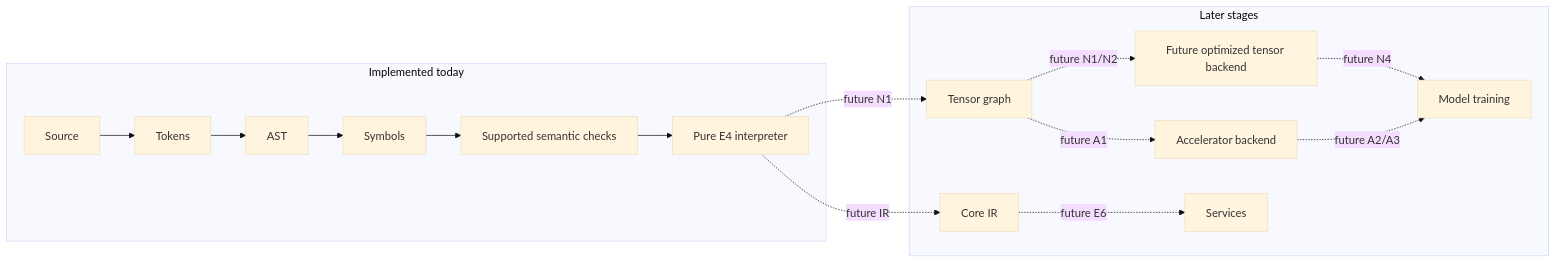
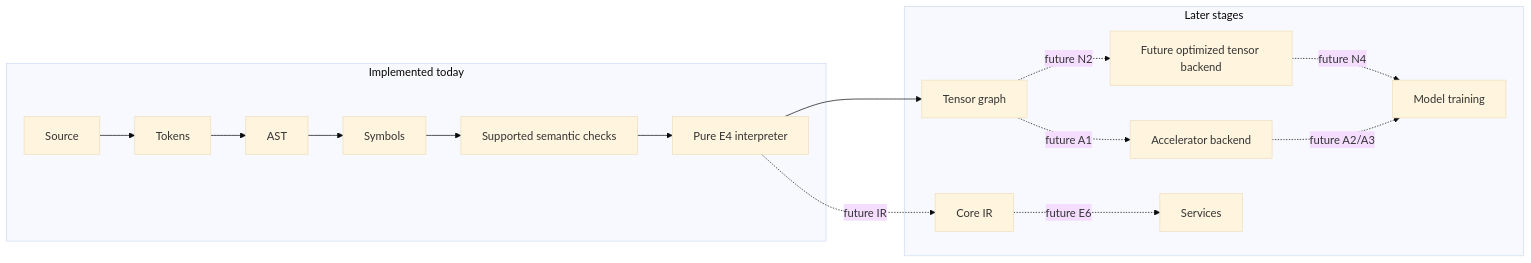
One commit to marcosbuilds/Seloryn changed the diagram in docs/project/architecture.md. Above: the diagram before and after it, drawn with Mermaid (base theme). The commit also changed 6 other files, not shown here.

````diff
--- a/docs/project/architecture.md
+++ b/docs/project/architecture.md
@@ -7,25 +7,25 @@
 ```mermaid
 flowchart LR
     subgraph A1[Implemented today]
         A[Source] --> B[Tokens]
         B --> C[AST]
         C --> D[Symbols]
         D --> E[Supported semantic checks]
         E --> F[Pure E4 interpreter]
     end
     subgraph A2[Later stages]
         G[Core IR]
         H[Tensor graph]
         I[Future optimized tensor backend]
         J[Accelerator backend]
         K[Services]
         L[Model training]
     end
     F -. future IR .-> G
-    F -. future N1 .-> H
-    H -. future N1/N2 .-> I
+    F --> H
+    H -. future N2 .-> I
     H -. future A1 .-> J
     G -. future E6 .-> K
     I -. future N4 .-> L
     J -. future A2/A3 .-> L
 ```
````
